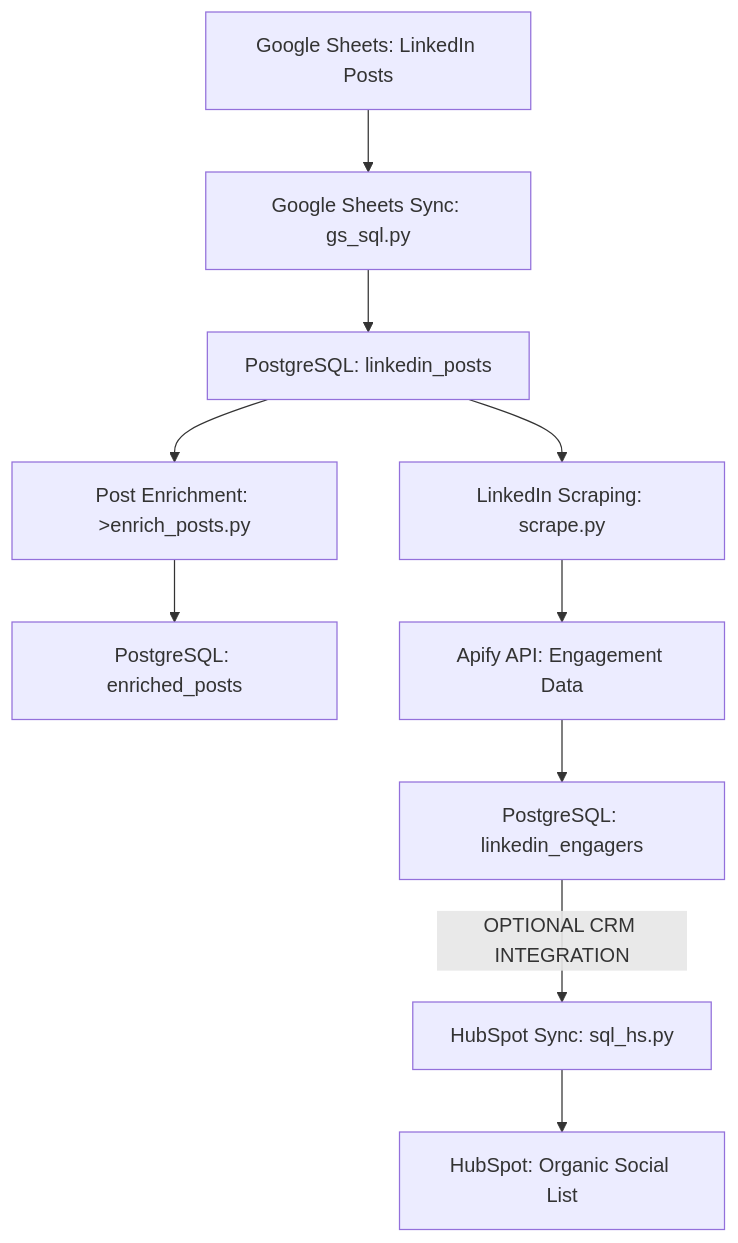
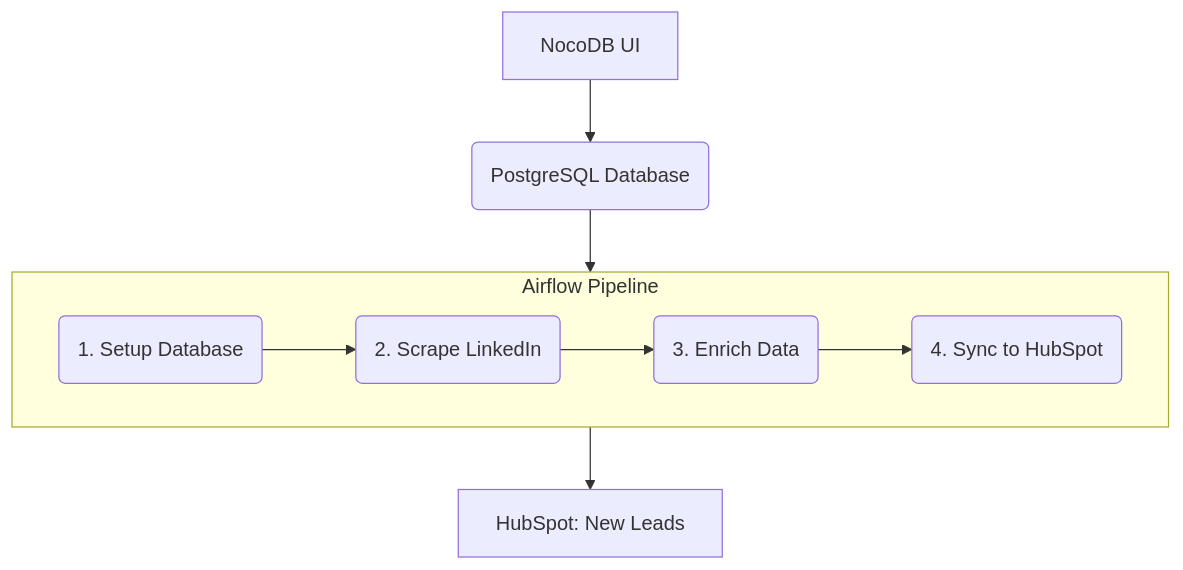
One commit to tom-youngblood/linkedin-analytics-airflow changed the diagram in README.md. Above: the diagram before and after it, drawn with Mermaid. The commit also changed other lines of this file and 1 other file, not shown here.

````diff
--- a/README.md
+++ b/README.md
@@ -42,15 +51,14 @@
 ```mermaid
 graph TD
-    A[Google Sheets: LinkedIn Posts] --> B[Google Sheets Sync: gs_sql.py]
-    B --> C[PostgreSQL: linkedin_posts]
+    A[NocoDB UI] --> B(PostgreSQL Database);
     
-    C --> D[Post Enrichment: >enrich_posts.py]
-    D --> E[PostgreSQL: enriched_posts]
-    
-    C --> F[LinkedIn Scraping: scrape.py]
-    F --> G[Apify API: Engagement Data]
-    G --> H[PostgreSQL: linkedin_engagers]
-    
-    H -- OPTIONAL CRM INTEGRATION --> I[HubSpot Sync: sql_hs.py]
-    I --> J[HubSpot: Organic Social List]
+    subgraph Airflow Pipeline
+        direction LR
+        C(1. Setup Database) --> D(2. Scrape LinkedIn);
+        D --> E(3. Enrich Data);
+        E --> F(4. Sync to HubSpot);
+    end
+
+    B --> C;
+    F --> G[HubSpot: New Leads];
 ```
````
